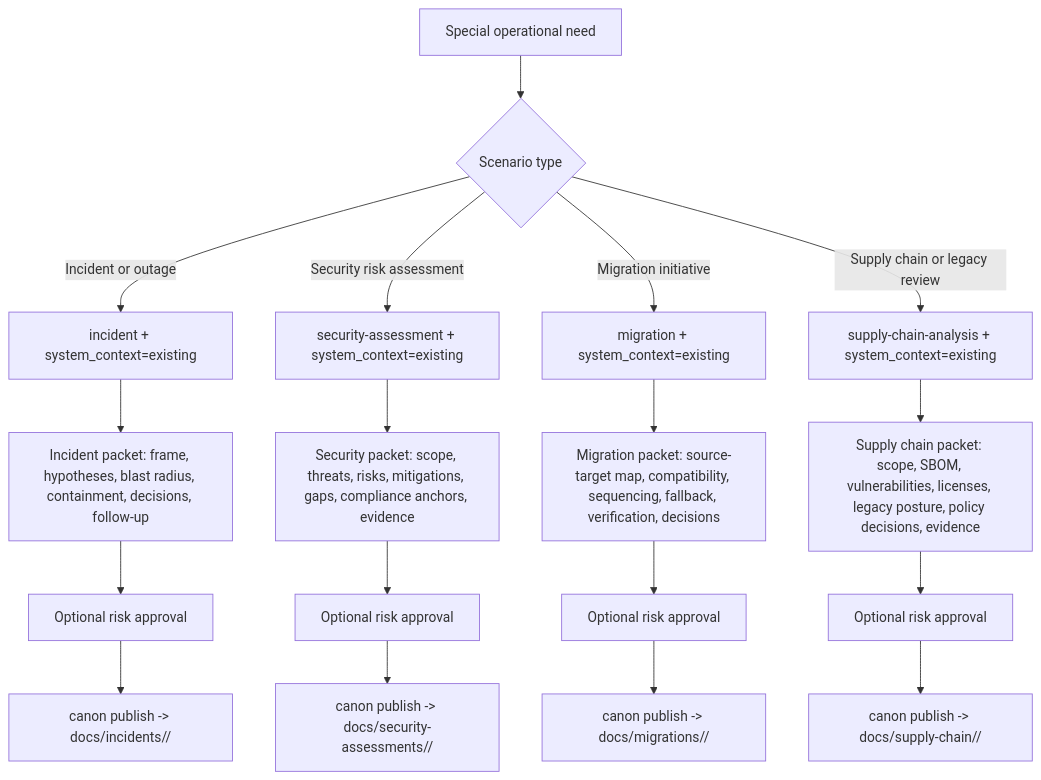
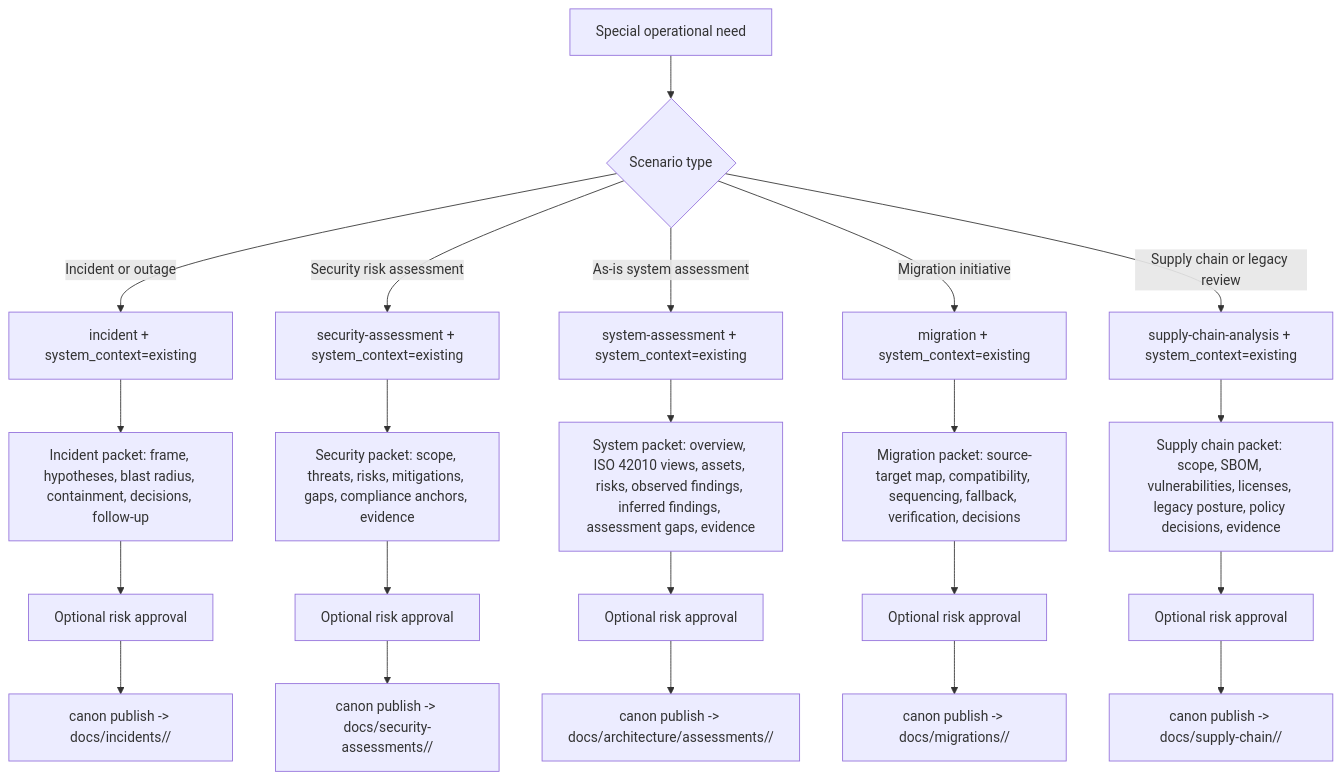
One commit to apply-the/canon changed the fourth of 4 diagrams in docs/guides/modes.md. Above: the diagram before and after it, drawn with Mermaid. The commit also changed other lines of this file and 55 other files, not shown here.

First line of the commit message:
feat: add governed as-is architecture assessment mode as per spec 027

````diff
--- a/docs/guides/modes.md
+++ b/docs/guides/modes.md
@@ -268,22 +272,26 @@
 ```mermaid
 flowchart TD
   A[Special operational need] --> B{Scenario type}
   B -->|Incident or outage| INC[incident + system_context=existing]
   B -->|Security risk assessment| SEC[security-assessment + system_context=existing]
+  B -->|As-is system assessment| SYS[system-assessment + system_context=existing]
   B -->|Migration initiative| MIG[migration + system_context=existing]
   B -->|Supply chain or legacy review| SUP[supply-chain-analysis + system_context=existing]
 
   INC --> I1[Incident packet: frame, hypotheses, blast radius, containment, decisions, follow-up]
   SEC --> S1[Security packet: scope, threats, risks, mitigations, gaps, compliance anchors, evidence]
+  SYS --> Y1[System packet: overview, ISO 42010 views, assets, risks, observed findings, inferred findings, assessment gaps, evidence]
   MIG --> M1[Migration packet: source-target map, compatibility, sequencing, fallback, verification, decisions]
   SUP --> U1[Supply chain packet: scope, SBOM, vulnerabilities, licenses, legacy posture, policy decisions, evidence]
 
   I1 --> I2[Optional risk approval]
   S1 --> S2[Optional risk approval]
+  Y1 --> Y2[Optional risk approval]
   M1 --> M2[Optional risk approval]
   U1 --> U2[Optional risk approval]
   I2 --> IPUB[canon publish -> docs/incidents/<RUN_ID>/]
   S2 --> SPUB[canon publish -> docs/security-assessments/<RUN_ID>/]
+  Y2 --> YPUB[canon publish -> docs/architecture/assessments/<RUN_ID>/]
   M2 --> MPUB[canon publish -> docs/migrations/<RUN_ID>/]
   U2 --> UPUB[canon publish -> docs/supply-chain/<RUN_ID>/]
 ```
````
